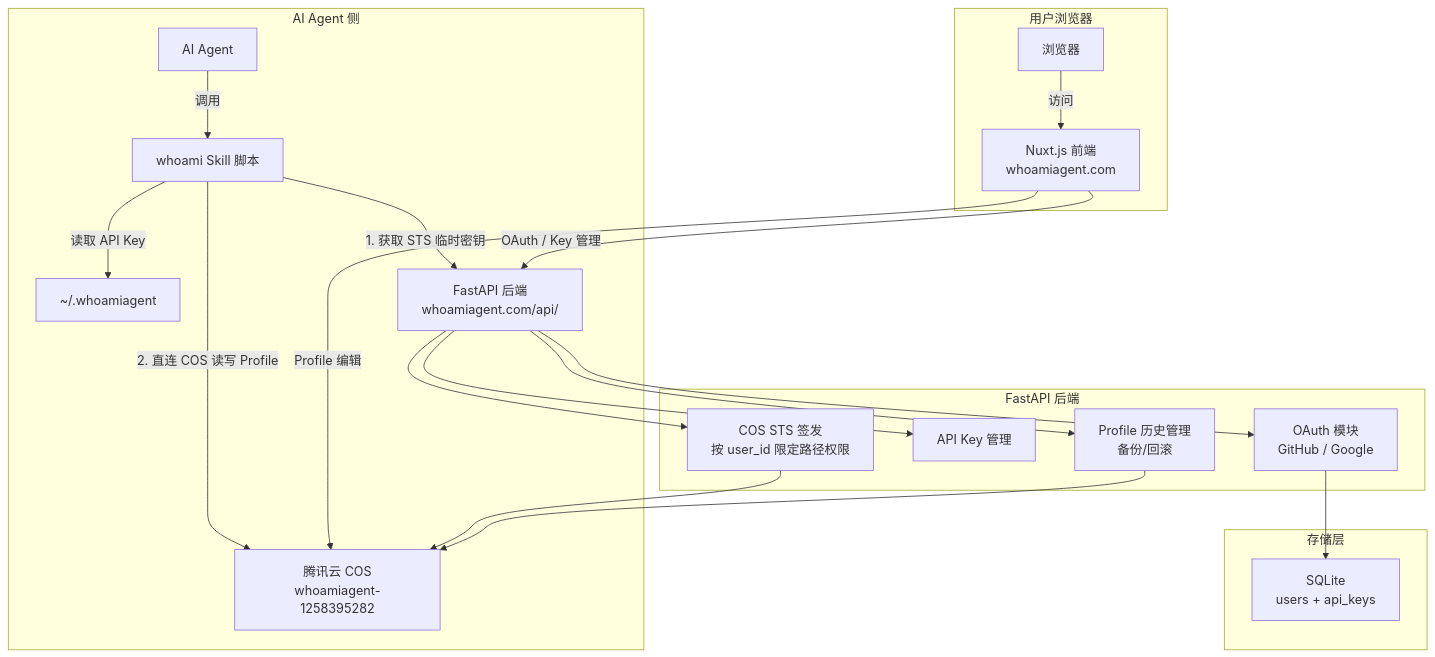
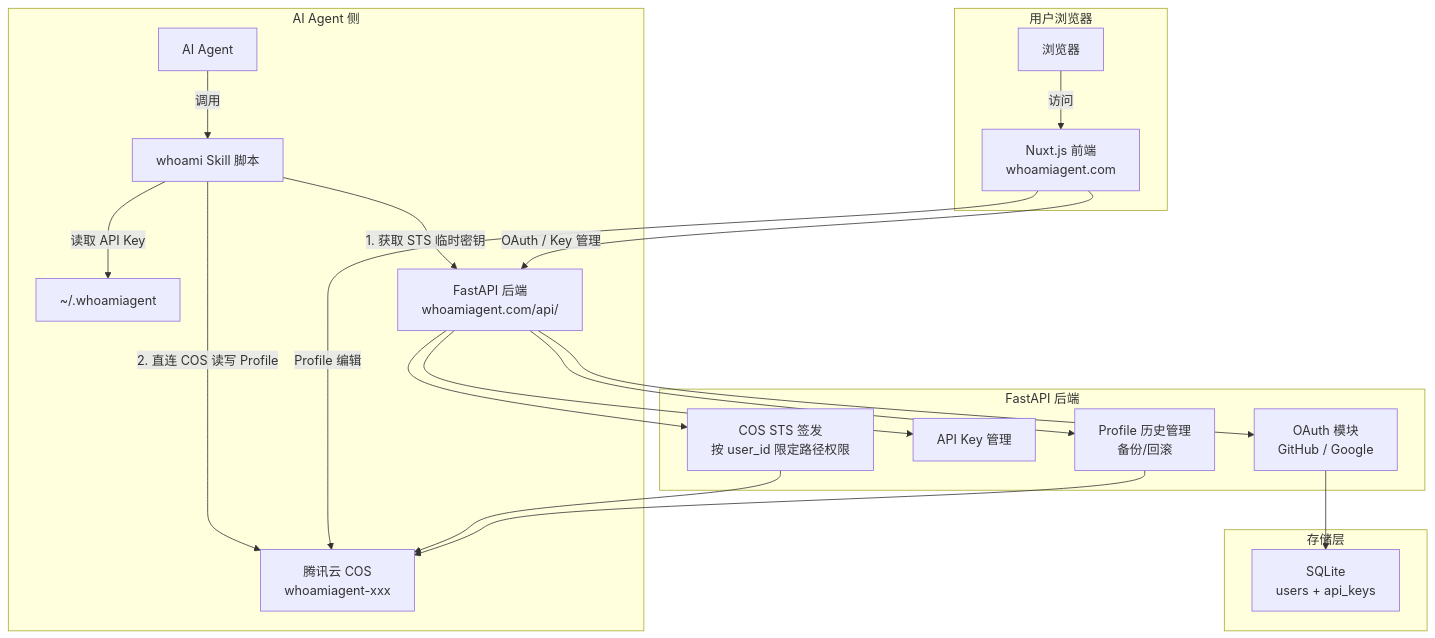
The diagram in .codebuddy/plans/whoami-mvp-plan_2fe37ae3.md (MorvanZhou/whoami), drawn with Mermaid before and after one commit. The commit also changed other lines of this file and 14 other files, not shown here.

````diff
--- a/.codebuddy/plans/whoami-mvp-plan_2fe37ae3.md
+++ b/.codebuddy/plans/whoami-mvp-plan_2fe37ae3.md
@@ -144,28 +143,28 @@
 ```mermaid
 graph TB
     subgraph "AI Agent 侧"
         A[AI Agent] -->|调用| B[whoami Skill 脚本]
         B -->|读取 API Key| C["~/.whoamiagent"]
         B -->|1. 获取 STS 临时密钥| D["FastAPI 后端<br/>whoamiagent.com/api/"]
-        B -->|2. 直连 COS 读写 Profile| K["腾讯云 COS<br/>whoamiagent-1258395282"]
+        B -->|2. 直连 COS 读写 Profile| K["腾讯云 COS<br/>whoamiagent-xxx"]
     end
 
     subgraph "用户浏览器"
         E[浏览器] -->|访问| F["Nuxt.js 前端<br/>whoamiagent.com"]
         F -->|OAuth / Key 管理| D
         F -->|Profile 编辑| K
     end
 
     subgraph "FastAPI 后端"
         D --> G[OAuth 模块<br/>GitHub / Google]
         D --> H[API Key 管理]
         D --> I["COS STS 签发<br/>按 user_id 限定路径权限"]
         D --> P["Profile 历史管理<br/>备份/回滚"]
     end
 
     subgraph "存储层"
         G --> J["SQLite<br/>users + api_keys"]
         I --> K
         P --> K
     end
 ```
````
